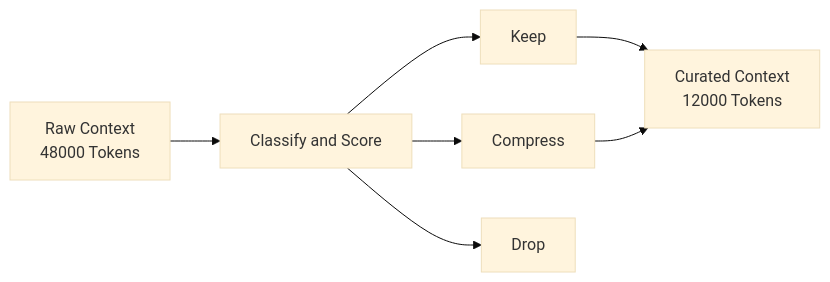
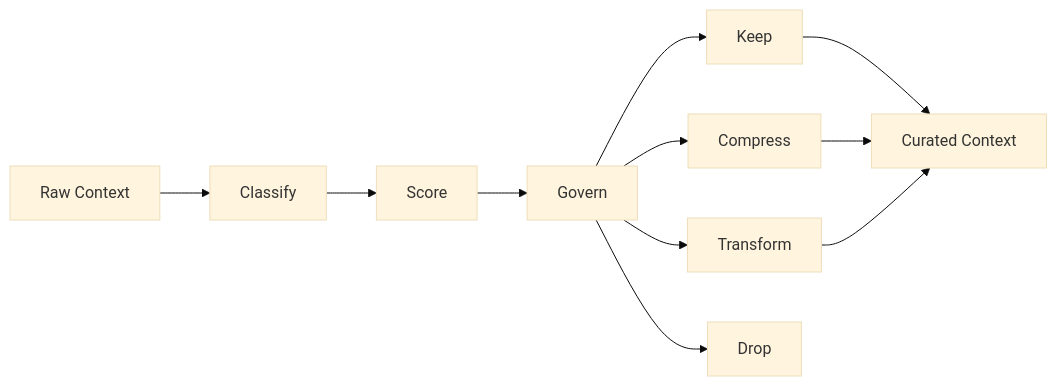
Before and after one commit to ddias-dev/ecc-curator: the second of 3 diagrams in docs/ARCHITECTURE.md, drawn with Mermaid (base theme). The commit also changed other lines of this file, not shown here.

First line of the commit message:
docs: Revise ECC Curator architecture documentation

````diff
--- a/docs/ARCHITECTURE.md
+++ b/docs/ARCHITECTURE.md
@@ -153,26 +138,31 @@
 ```mermaid
 flowchart LR
 
-    Raw["Raw Context
-48000 Tokens"]
+    Raw["Raw Context"]
 
-    Score["Classify and Score"]
+    Classify["Classify"]
+
+    Score["Score"]
+
+    Govern["Govern"]
 
     Keep["Keep"]
-
     Compress["Compress"]
-
+    Transform["Transform"]
     Drop["Drop"]
 
-    Final["Curated Context
-12000 Tokens"]
+    Final["Curated Context"]
 
-    Raw --> Score
+    Raw --> Classify
+    Classify --> Score
+    Score --> Govern
 
-    Score --> Keep
-    Score --> Compress
-    Score --> Drop
+    Govern --> Keep
+    Govern --> Compress
+    Govern --> Transform
+    Govern --> Drop
 
     Keep --> Final
     Compress --> Final
+    Transform --> Final
 ```
````
